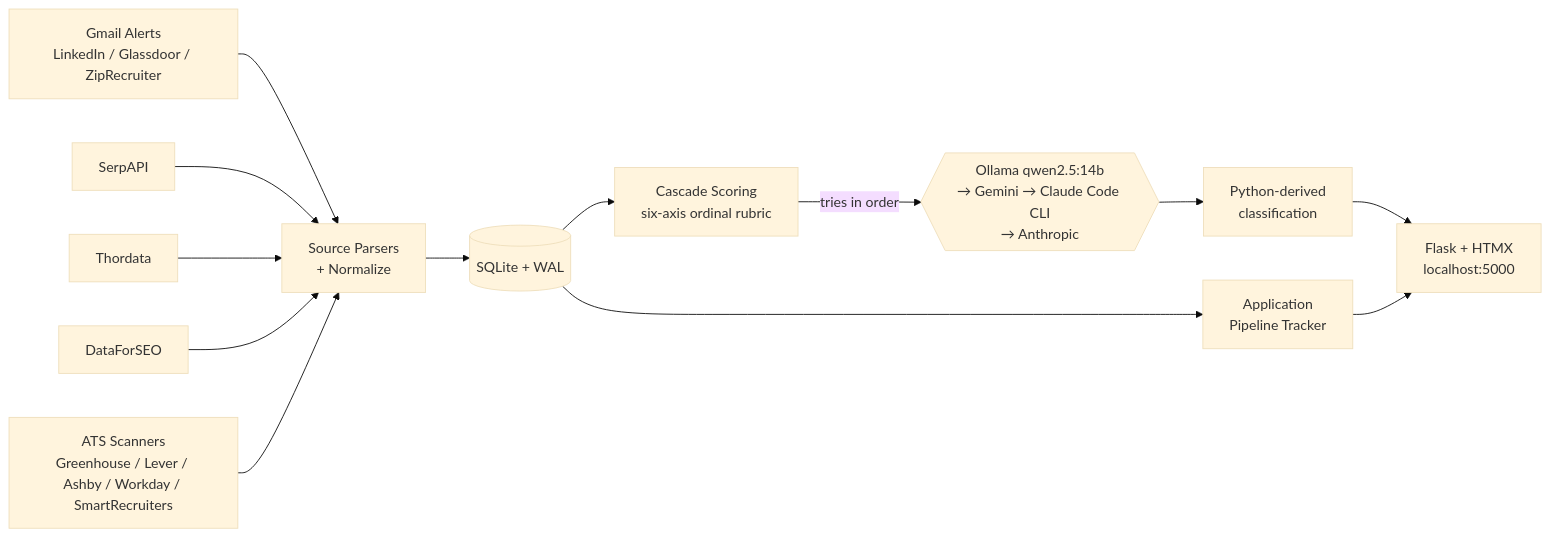
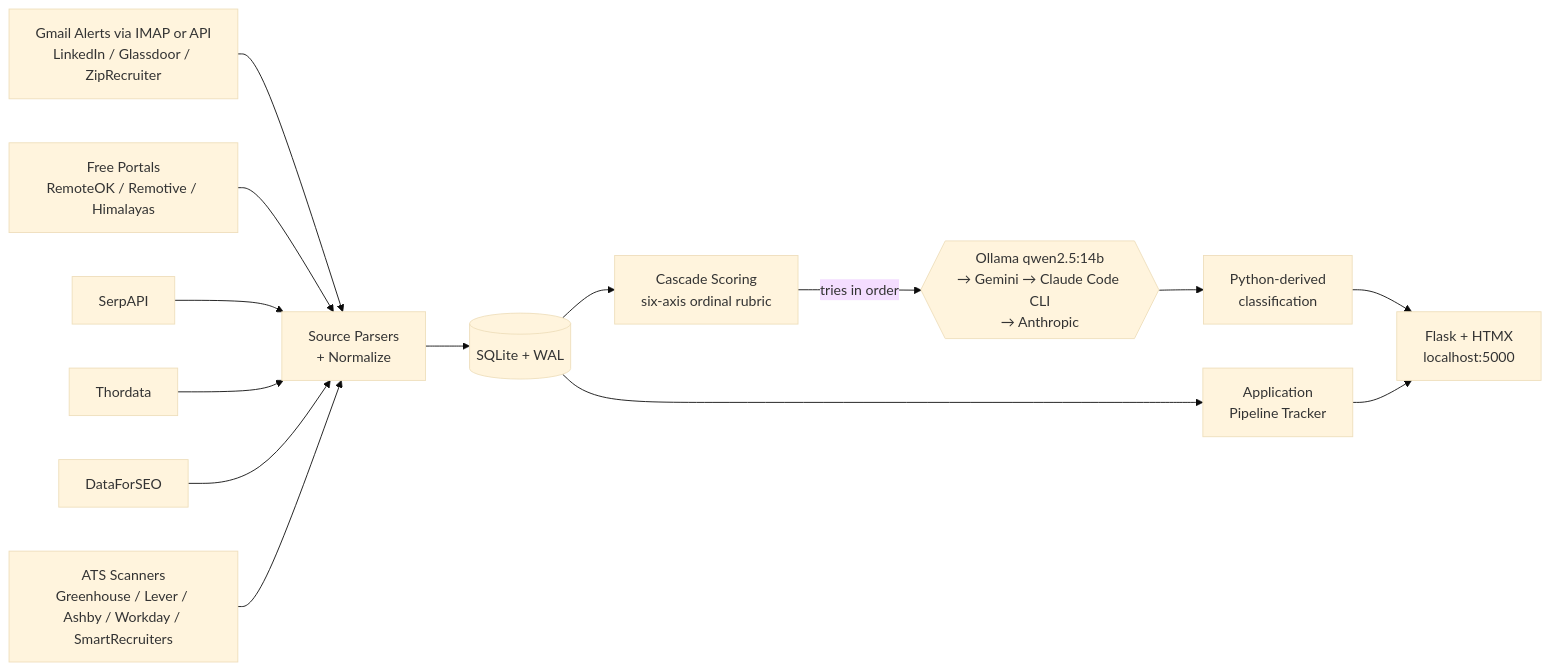
Before and after one commit to Senkichi/job-cannon: the diagram in README.md, drawn with Mermaid (base theme). The commit also changed other lines of this file, not shown here.

````diff
--- a/README.md
+++ b/README.md
@@ -99,15 +130,16 @@
 ```mermaid
 flowchart LR
-  Gmail[Gmail Alerts<br/>LinkedIn / Glassdoor / ZipRecruiter] --> Parser
+  Gmail[Gmail Alerts via IMAP or API<br/>LinkedIn / Glassdoor / ZipRecruiter] --> Parser
+  Portals[Free Portals<br/>RemoteOK / Remotive / Himalayas] --> Parser
   SerpAPI --> Parser
   Thordata --> Parser
   DataForSEO --> Parser
   ATS[ATS Scanners<br/>Greenhouse / Lever / Ashby / Workday / SmartRecruiters] --> Parser
   Parser[Source Parsers<br/>+ Normalize] --> DB[(SQLite + WAL)]
   DB --> Score[Cascade Scoring<br/>six-axis ordinal rubric]
   Score -->|tries in order| Cascade{{Ollama qwen2.5:14b<br/>→ Gemini → Claude Code CLI<br/>→ Anthropic}}
   Cascade --> Classify[Python-derived<br/>classification]
   Classify --> Dashboard[Flask + HTMX<br/>localhost:5000]
   DB --> Pipeline[Application<br/>Pipeline Tracker]
   Pipeline --> Dashboard
 ```
````
